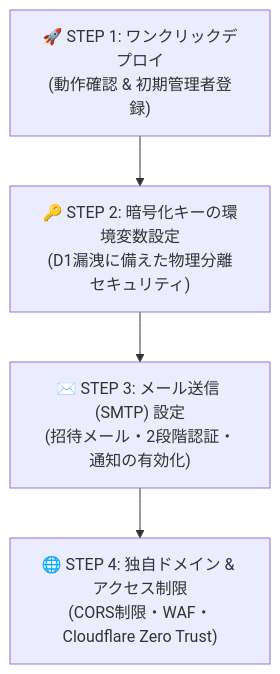
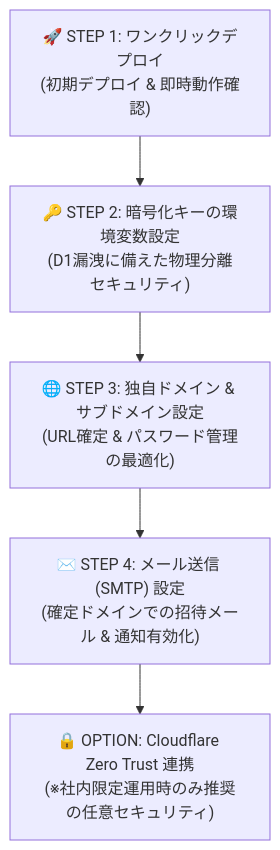
Before and after one commit to cohive-tms/cohive-cloudflare: the diagram in README.ja.md, drawn with Mermaid. The commit also changed other lines of this file and 60 other files, not shown here.

````diff
--- a/README.ja.md
+++ b/README.ja.md
@@ -74,6 +39,7 @@
 ```mermaid
 flowchart TD
-    Step1["🚀 STEP 1: ワンクリックデプロイ<br/>(動作確認 & 初期管理者登録)"] --> Step2["🔑 STEP 2: 暗号化キーの環境変数設定<br/>(D1漏洩に備えた物理分離セキュリティ)"]
-    Step2 --> Step3["✉️ STEP 3: メール送信 (SMTP) 設定<br/>(招待メール・2段階認証・通知の有効化)"]
-    Step3 --> Step4["🌐 STEP 4: 独自ドメイン & アクセス制限<br/>(CORS制限・WAF・Cloudflare Zero Trust)"]
+    Step1["🚀 STEP 1: ワンクリックデプロイ<br/>(初期デプロイ & 即時動作確認)"] --> Step2["🔑 STEP 2: 暗号化キーの環境変数設定<br/>(D1漏洩に備えた物理分離セキュリティ)"]
+    Step2 --> Step3["🌐 STEP 3: 独自ドメイン & サブドメイン設定<br/>(URL確定 & パスワード管理の最適化)"]
+    Step3 --> Step4["✉️ STEP 4: メール送信 (SMTP) 設定<br/>(確定ドメインでの招待メール & 通知有効化)"]
+    Step4 --> Option["🔒 OPTION: Cloudflare Zero Trust 連携<br/>(※社内限定運用時のみ推奨の任意セキュリティ)"]
 ```
````
